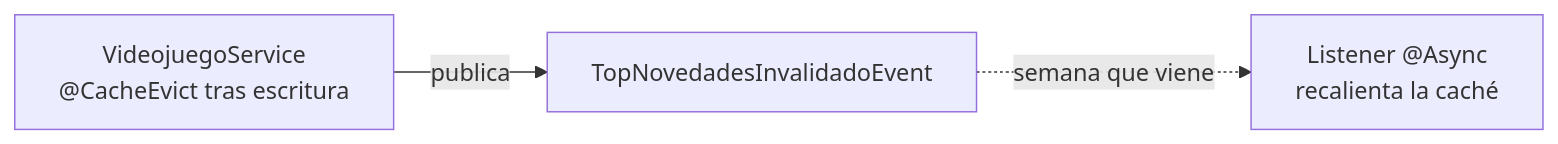
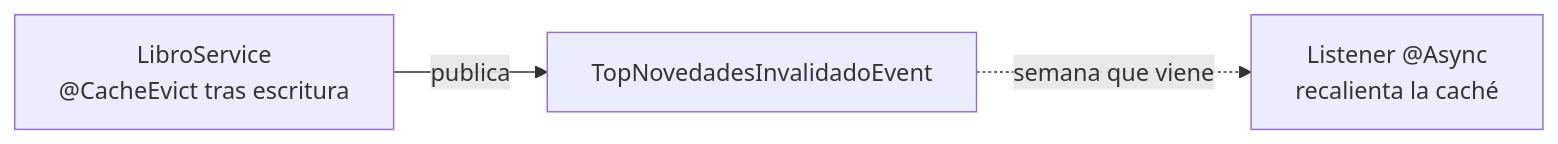
One commit to aitorventura/programacion-servicios-procesos changed the diagram in docs/tema3/eventos-warmup-cache.md. Above: the diagram before and after it, drawn with Mermaid. The commit also changed other lines of this file and 18 other files, not shown here.

````diff
--- a/docs/tema3/eventos-warmup-cache.md
+++ b/docs/tema3/eventos-warmup-cache.md
@@ -61,5 +61,5 @@
 ```mermaid
 flowchart LR
-    A["VideojuegoService<br/>@CacheEvict tras escritura"] -->|"publica"| B["TopNovedadesInvalidadoEvent"]
+    A["LibroService<br/>@CacheEvict tras escritura"] -->|"publica"| B["TopNovedadesInvalidadoEvent"]
     B -.->|"semana que viene"| C["Listener @Async<br/>recalienta la caché"]
 ```
````
